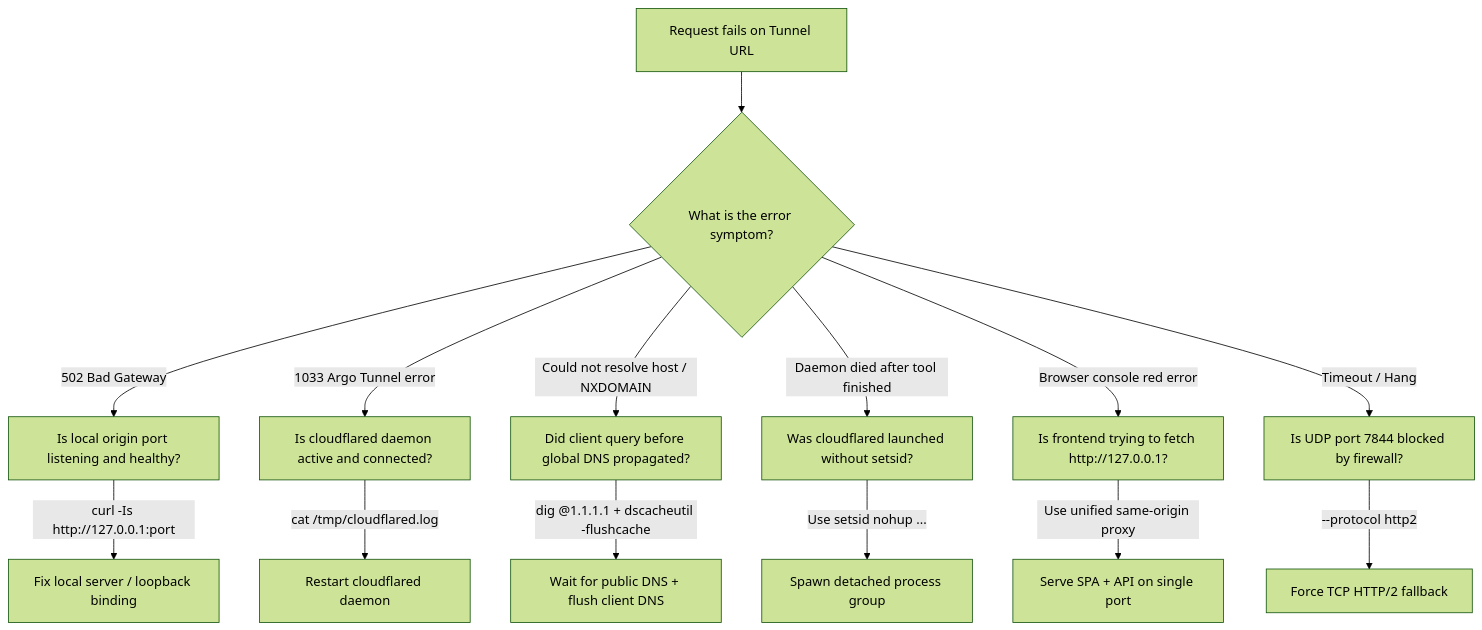
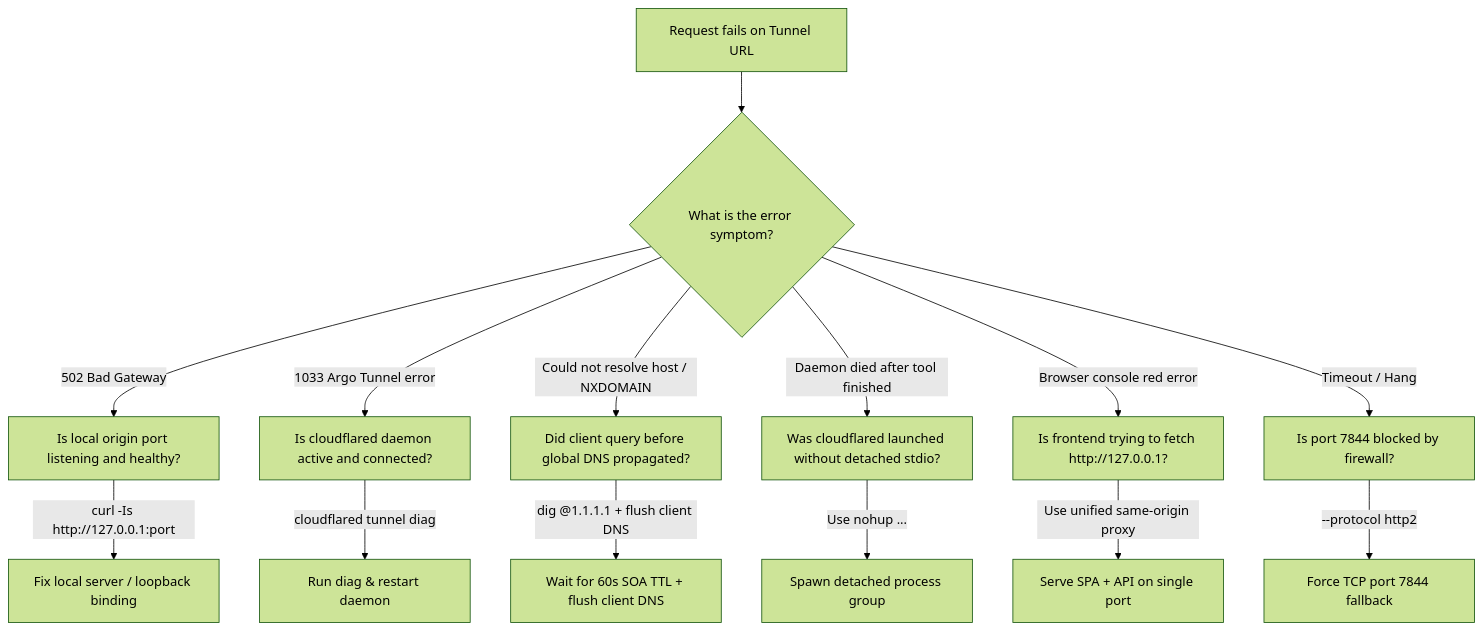
One commit to yigitkonur/skills-by-yigitkonur changed the diagram in skills/use-cloudflare-tunnel/references/troubleshooting.md. Above: the diagram before and after it, drawn with Mermaid (forest theme). The commit also changed other lines of this file and 17 other files, not shown here.

First line of the commit message:
fix(use-cloudflare-tunnel): correct protocol defaults, DNS TTL, macOS compatibility, and add try.cloudflare.com agent support

````diff
--- a/skills/use-cloudflare-tunnel/references/troubleshooting.md
+++ b/skills/use-cloudflare-tunnel/references/troubleshooting.md
@@ -9,18 +9,18 @@
 ```mermaid
 flowchart TD
     Start["Request fails on Tunnel URL"] --> CheckEdge{"What is the error symptom?"}
     
     CheckEdge -->|502 Bad Gateway| OriginDown["Is local origin port listening and healthy?"]
     CheckEdge -->|1033 Argo Tunnel error| TunnelDown["Is cloudflared daemon active and connected?"]
     CheckEdge -->|Could not resolve host / NXDOMAIN| DnsPoison["Did client query before global DNS propagated?"]
-    CheckEdge -->|Daemon died after tool finished| NoSetsid["Was cloudflared launched without setsid?"]
+    CheckEdge -->|Daemon died after tool finished| NoSetsid["Was cloudflared launched without detached stdio?"]
     CheckEdge -->|Browser console red error| MixedContent["Is frontend trying to fetch http://127.0.0.1?"]
-    CheckEdge -->|Timeout / Hang| NetworkProto["Is UDP port 7844 blocked by firewall?"]
+    CheckEdge -->|Timeout / Hang| NetworkProto["Is port 7844 blocked by firewall?"]
 
     OriginDown -->|"curl -Is http://127.0.0.1:port"| FixOrigin["Fix local server / loopback binding"]
-    TunnelDown -->|"cat /tmp/cloudflared.log"| FixTunnel["Restart cloudflared daemon"]
-    DnsPoison -->|"dig @1.1.1.1 + dscacheutil -flushcache"| FixDns["Wait for public DNS + flush client DNS"]
-    NoSetsid -->|"Use setsid nohup ... </dev/null"| FixDaemon["Spawn detached process group"]
+    TunnelDown -->|"cloudflared tunnel diag"| FixTunnel["Run diag & restart daemon"]
+    DnsPoison -->|"dig @1.1.1.1 + flush client DNS"| FixDns["Wait for 60s SOA TTL + flush client DNS"]
+    NoSetsid -->|"Use nohup ... </dev/null"| FixDaemon["Spawn detached process group"]
     MixedContent -->|"Use unified same-origin proxy"| FixProxy["Serve SPA + API on single port"]
-    NetworkProto -->|"--protocol http2"| FixProto["Force TCP HTTP/2 fallback"]
+    NetworkProto -->|"--protocol http2"| FixProto["Force TCP port 7844 fallback"]
 ```
````
